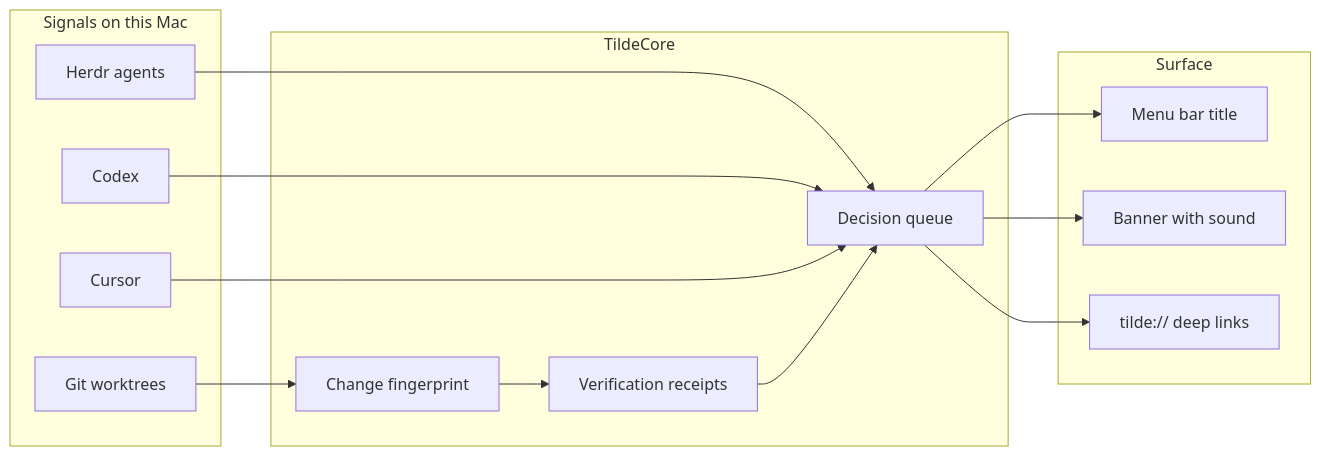
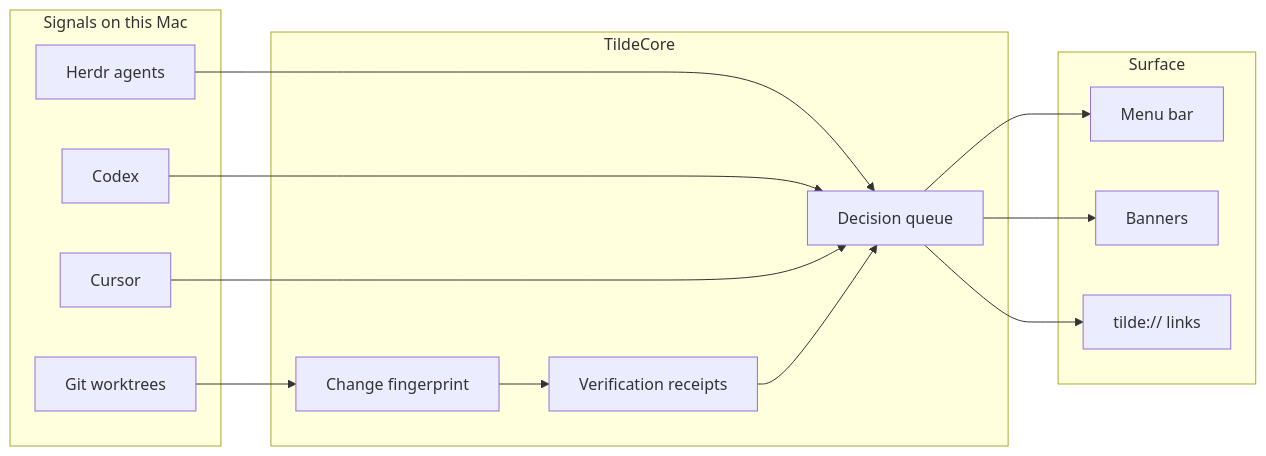
One commit to Le0wang06/Tilde changed the diagram in README.md. Above: the diagram before and after it, drawn with Mermaid. The commit also changed other lines of this file and 5 other files, not shown here.

````diff
--- a/README.md
+++ b/README.md
@@ -103,28 +137,26 @@
 ```mermaid
 flowchart LR
   subgraph sources [Signals on this Mac]
     H[Herdr agents]
     C[Codex]
     K[Cursor]
     G[Git worktrees]
   end
   subgraph core [TildeCore]
+    F[Change fingerprint]
+    V[Verification receipts]
     Q[Decision queue]
-    V[Verification receipts]
-    F[Change fingerprint]
   end
   subgraph surface [Surface]
-    M[Menu bar title]
-    B[Banner with sound]
-    D[tilde:// deep links]
+    M[Menu bar]
+    B[Banners]
+    D[tilde:// links]
   end
   H --> Q
   C --> Q
   K --> Q
-  G --> F
-  F --> V
-  V --> Q
+  G --> F --> V --> Q
   Q --> M
   Q --> B
   Q --> D
 ```
````
